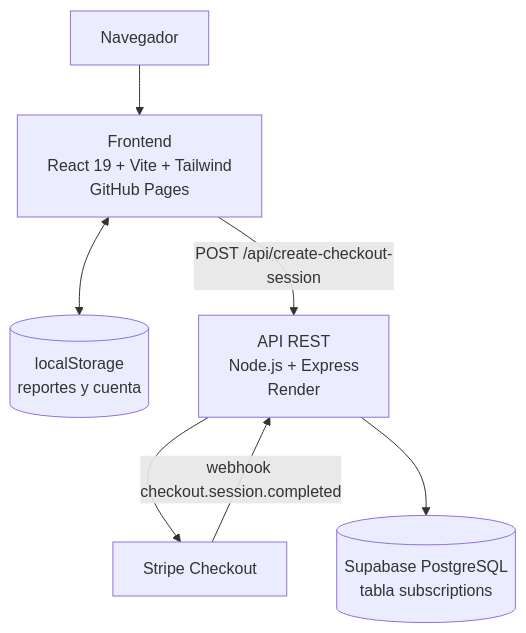
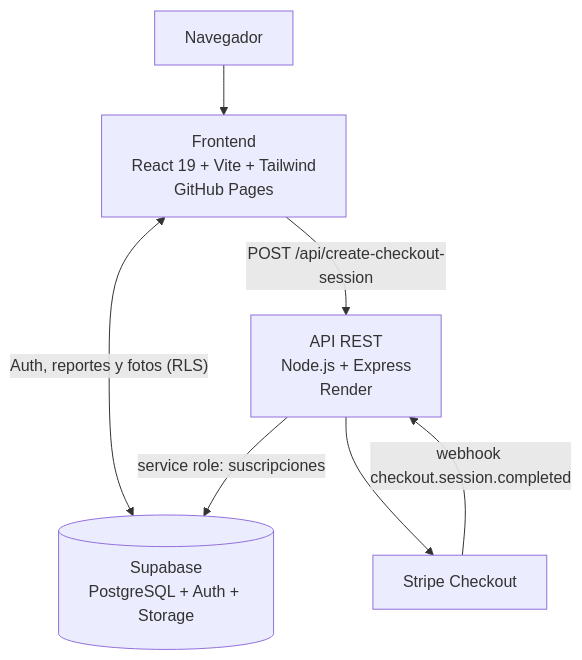
The diagram in README.md (PapiJoshh/Huellitas), drawn with Mermaid before and after one commit. The commit also changed other lines of this file and 21 other files, not shown here.

First line of the commit message:
Agregar inicio de sesión y persistencia de reportes en Supabase

````diff
--- a/README.md
+++ b/README.md
@@ -58,9 +58,9 @@
 ```mermaid
 flowchart TB
     U["Navegador"] --> F["Frontend<br/>React 19 + Vite + Tailwind<br/>GitHub Pages"]
-    F <--> L[("localStorage<br/>reportes y cuenta")]
+    F <-->|"Auth, reportes y fotos (RLS)"| DB[("Supabase<br/>PostgreSQL + Auth + Storage")]
     F -->|"POST /api/create-checkout-session"| B["API REST<br/>Node.js + Express<br/>Render"]
     B --> SP["Stripe Checkout"]
     SP -->|"webhook checkout.session.completed"| B
-    B --> DB[("Supabase PostgreSQL<br/>tabla subscriptions")]
+    B -->|"service role: suscripciones"| DB
 ```
````
